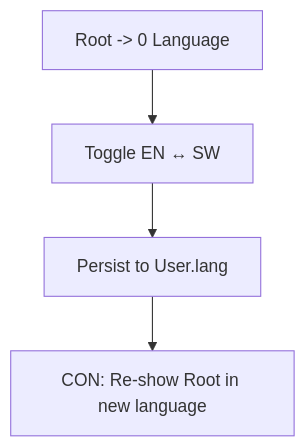
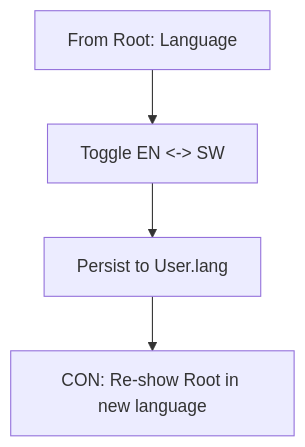
The ninth of 10 diagrams in USSD_SYSTEM_DIAGRAMS.md (Vulimwa/hifadhi-ussd), drawn with Mermaid before and after one commit. The commit also changed other lines of this file, not shown here.

Commit message:
Fixed the erd rendering issues

````diff
--- a/USSD_SYSTEM_DIAGRAMS.md
+++ b/USSD_SYSTEM_DIAGRAMS.md
@@ -174,6 +169,6 @@
 ```mermaid
 flowchart TD
-    A[Root -> 0 Language] --> B[Toggle EN ↔ SW]
+    A[From Root: Language] --> B[Toggle EN <-> SW]
     B --> C[Persist to User.lang]
-    C --> D[CON: Re‑show Root in new language]
+    C --> D[CON: Re-show Root in new language]
 ```
````
